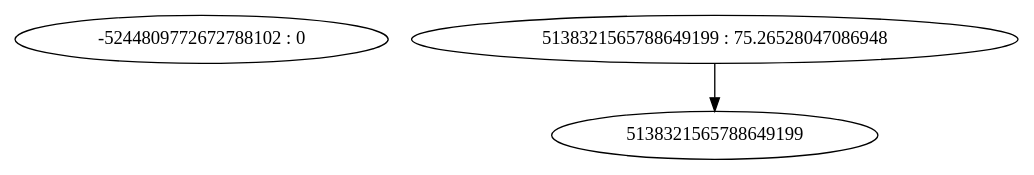
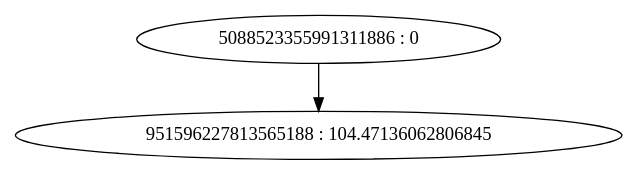
Before and after one commit to aka2910/P2P-currency-simulator: the diagram in plots/tree_19.dot.gv, drawn with Graphviz. The commit also changed 101 other files, not shown here.

```diff
--- a/plots/tree_19.dot.gv
+++ b/plots/tree_19.dot.gv
@@ -1,5 +1,5 @@
 digraph "plots/tree_19.dot" {
-	0 [label="-5244809772672788102 : 0"]
-	1 [label="5138321565788649199 : 75.26528047086948"]
-	1 -> 5138321565788649199
+	0 [label="5088523355991311886 : 0"]
+	1 [label="951596227813565188 : 104.47136062806845"]
+	0 -> 1
 }
```
